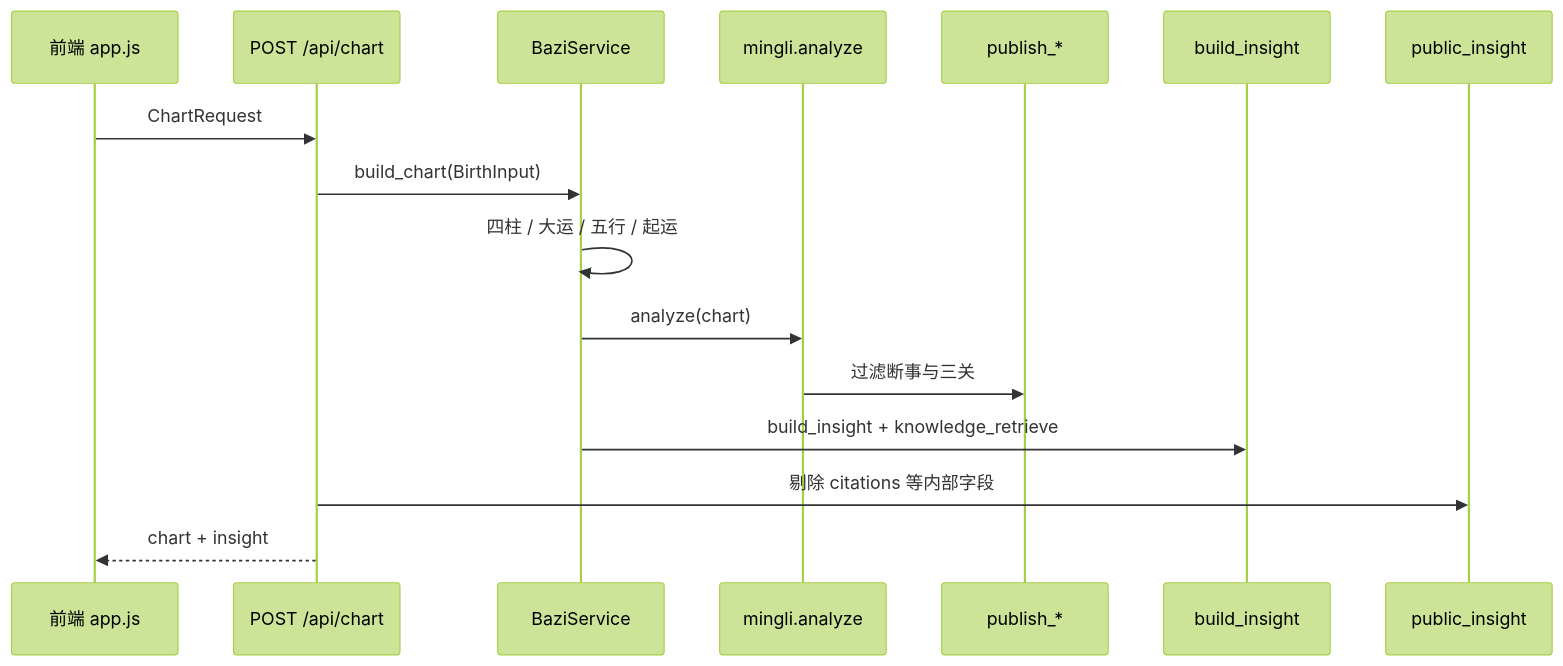
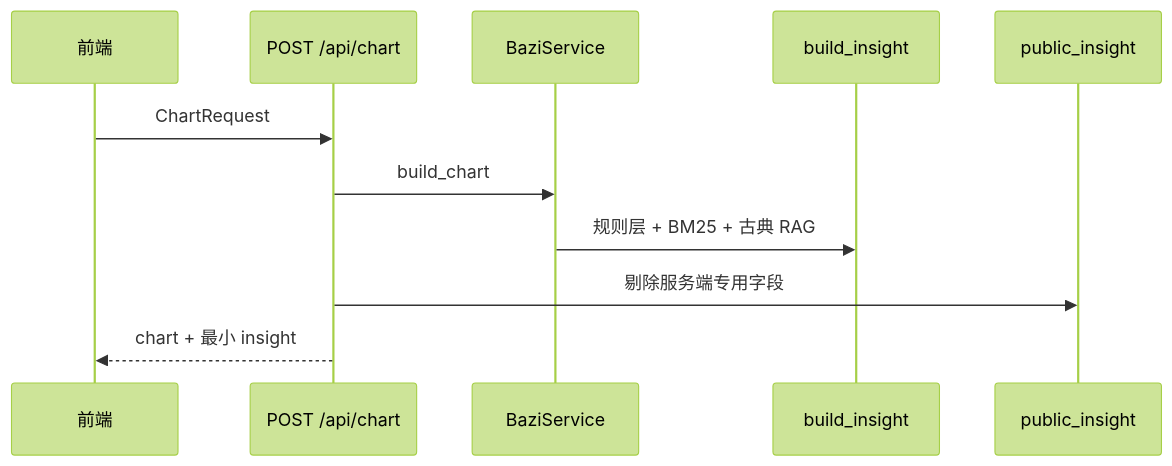
Before and after one commit to goodisok/wenyuan: the first of 2 diagrams in docs/ARCHITECTURE.md, drawn with Mermaid (forest theme). The commit also changed other lines of this file and 20 other files, not shown here.

````diff
--- a/docs/ARCHITECTURE.md
+++ b/docs/ARCHITECTURE.md
@@ -47,19 +47,14 @@
 ```mermaid
 sequenceDiagram
-  participant FE as 前端 app.js
+  participant FE as 前端
   participant API as POST /api/chart
   participant Bazi as BaziService
-  participant ML as mingli.analyze
-  participant Pub as publish_*
   participant Ins as build_insight
-  participant PubI as public_insight
+  participant Pub as public_insight
 
   FE->>API: ChartRequest
-  API->>Bazi: build_chart(BirthInput)
-  Bazi->>Bazi: 四柱 / 大运 / 五行 / 起运
-  Bazi->>ML: analyze(chart)
-  ML->>Pub: 过滤断事与三关
-  Bazi->>Ins: build_insight + knowledge_retrieve
-  API->>PubI: 剔除 citations 等内部字段
-  API-->>FE: chart + insight
+  API->>Bazi: build_chart
+  Bazi->>Ins: 规则层 + BM25 + 古典 RAG
+  API->>Pub: 剔除服务端专用字段
+  API-->>FE: chart + 最小 insight
 ```
````
